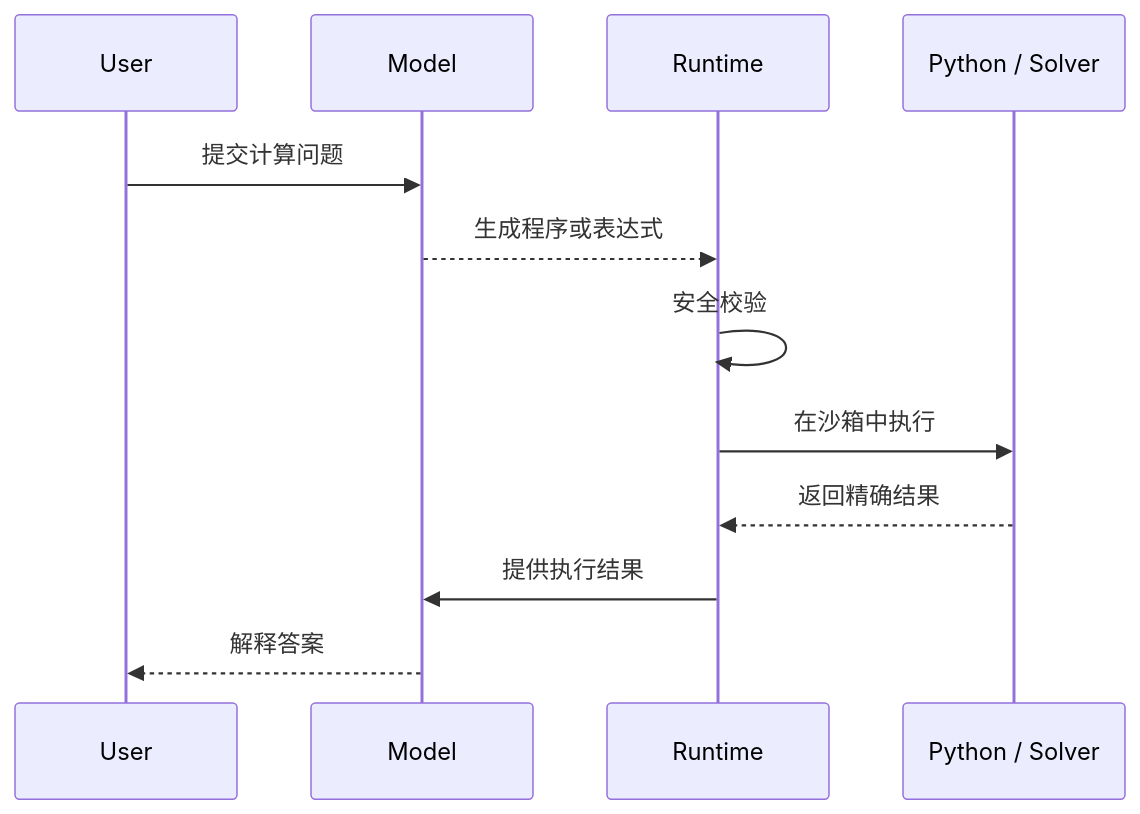
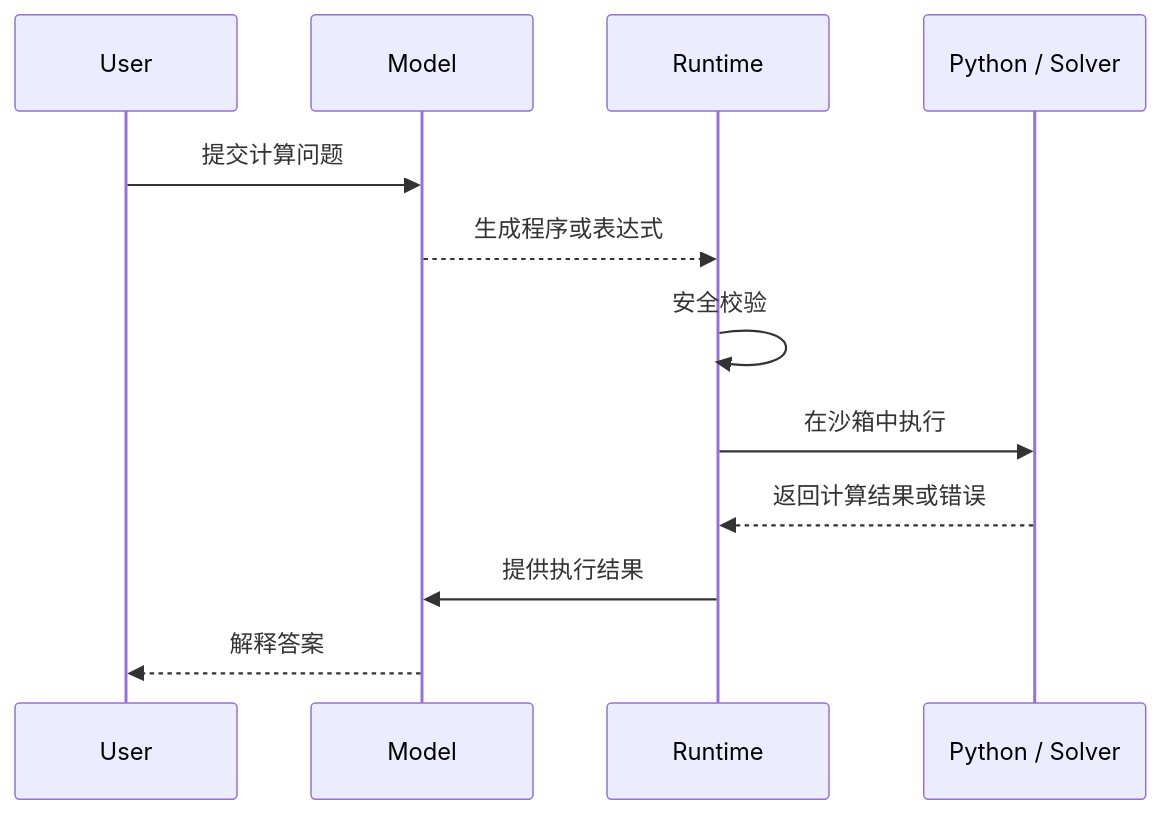
Before and after one commit to oneleaveknowsthefall/awesome-ai-roadmap: diagram 11 of 17 in docs/agent/02-reasoning-planning/05-agent-reasoning-methods.md, drawn with Mermaid. The commit also changed other lines of this file and 34 other files, not shown here.

````diff
--- a/docs/agent/02-reasoning-planning/05-agent-reasoning-methods.md
+++ b/docs/agent/02-reasoning-planning/05-agent-reasoning-methods.md
@@ -481,15 +485,15 @@
 ```mermaid
 sequenceDiagram
     participant U as User
     participant M as Model
     participant R as Runtime
     participant P as Python / Solver
 
     U->>M: 提交计算问题
     M-->>R: 生成程序或表达式
     R->>R: 安全校验
     R->>P: 在沙箱中执行
-    P-->>R: 返回精确结果
+    P-->>R: 返回计算结果或错误
     R->>M: 提供执行结果
     M-->>U: 解释答案
 ```
````
